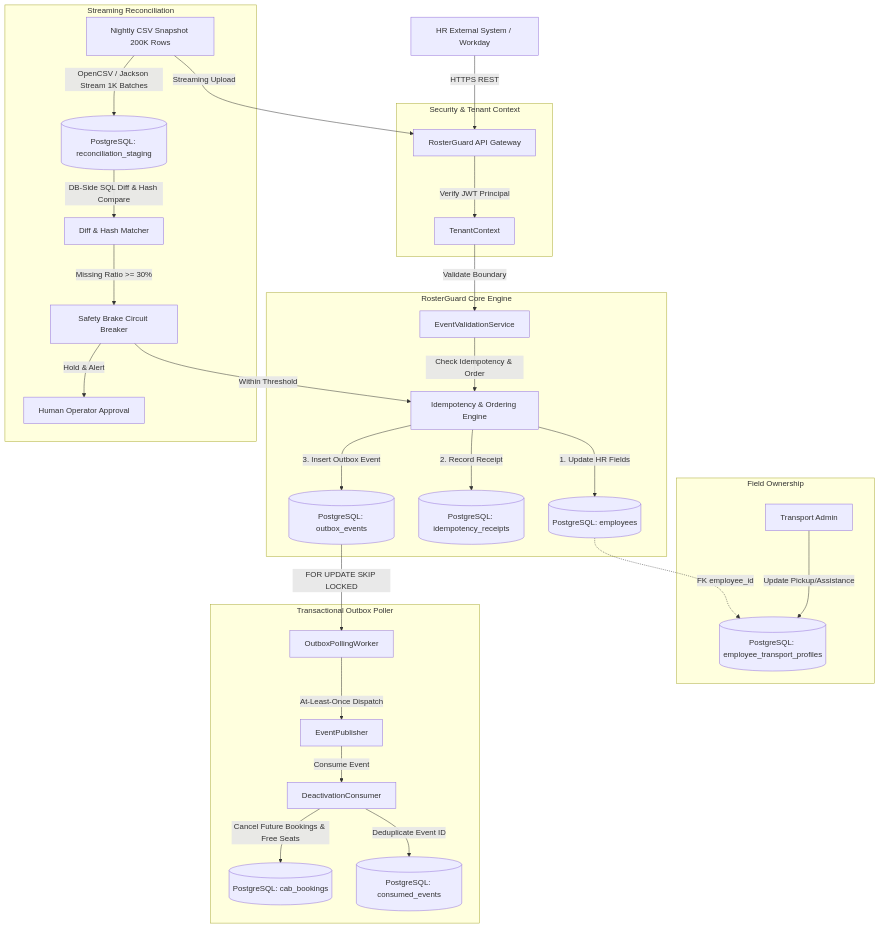
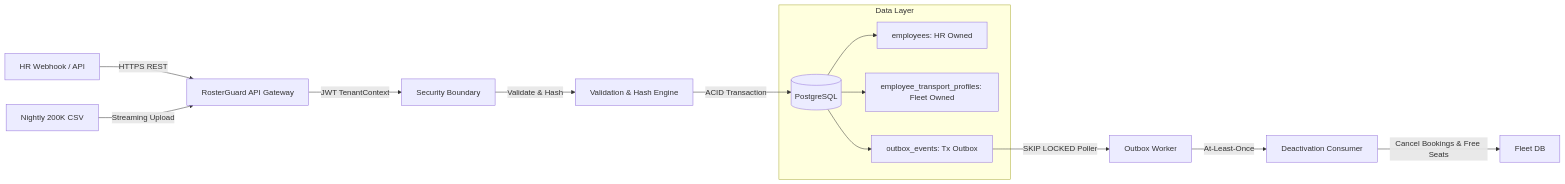
One commit to Aakarsh-Narang/rosterguard-moveinsync-sde-case-study-2026 changed the first of 2 diagrams in DESIGN.md. Above: the diagram before and after it, drawn with Mermaid. The commit also changed other lines of this file and 6 other files, not shown here.

````diff
--- a/DESIGN.md
+++ b/DESIGN.md
@@ -17,39 +10,18 @@
 ```mermaid
-graph TD
-    HR[HR External System / Workday] -->|HTTPS REST| GW[RosterGuard API Gateway]
-    CSV[Nightly CSV Snapshot 200K Rows] -->|Streaming Upload| GW
-
-    subgraph Security_Context[Security & Tenant Context]
-        GW -->|Verify JWT Principal| TC[TenantContext]
+graph LR
+    HR[HR Webhook / API] -->|HTTPS REST| API[RosterGuard API Gateway]
+    CSV[Nightly 200K CSV] -->|Streaming Upload| API
+    API -->|JWT TenantContext| SEC[Security Boundary]
+    SEC -->|Validate & Hash| VAL[Validation & Hash Engine]
+    VAL -->|ACID Transaction| DB[(PostgreSQL)]
+    
+    subgraph Data Layer
+        DB --> EMP[employees: HR Owned]
+        DB --> TRP[employee_transport_profiles: Fleet Owned]
+        DB --> OUT[outbox_events: Tx Outbox]
     end
-
-    subgraph Core_Engine[RosterGuard Core Engine]
-        TC -->|Validate Boundary| VAL[EventValidationService]
-        VAL -->|Check Idempotency & Order| IDEM[Idempotency & Ordering Engine]
-        
-        IDEM -->|1. Update HR Fields| DB_EMP[(PostgreSQL: employees)]
-        IDEM -->|2. Record Receipt| DB_IDEM[(PostgreSQL: idempotency_receipts)]
-        IDEM -->|3. Insert Outbox Event| DB_OUT[(PostgreSQL: outbox_events)]
-    end
-
-    subgraph Ownership_Isolation[Field Ownership]
-        ADMIN[Transport Admin] -->|Update Pickup/Assistance| DB_PROF[(PostgreSQL: employee_transport_profiles)]
-        DB_EMP -.->|FK employee_id| DB_PROF
-    end
-
-    subgraph Reconciliation_Engine[Streaming Reconciliation]
-        CSV -->|OpenCSV / Jackson Stream 1K Batches| STG[(PostgreSQL: reconciliation_staging)]
-        STG -->|DB-Side SQL Diff & Hash Compare| DIFF[Diff & Hash Matcher]
-        DIFF -->|Missing Ratio >= 30%| BRAKE[Safety Brake Circuit Breaker]
-        BRAKE -->|Hold & Alert| OP[Human Operator Approval]
-        BRAKE -->|Within Threshold| IDEM
-    end
-
-    subgraph Async_Event_Bus[Transactional Outbox Poller]
-        DB_OUT -->|FOR UPDATE SKIP LOCKED| POL[OutboxPollingWorker]
-        POL -->|At-Least-Once Dispatch| PUB[EventPublisher]
-        PUB -->|Consume Event| DEACT[DeactivationConsumer]
-        DEACT -->|Cancel Future Bookings & Free Seats| BOOK[(PostgreSQL: cab_bookings)]
-        DEACT -->|Deduplicate Event ID| DEDUP[(PostgreSQL: consumed_events)]
-    end
+    
+    OUT -->|SKIP LOCKED Poller| POL[Outbox Worker]
+    POL -->|At-Least-Once| CONS[Deactivation Consumer]
+    CONS -->|Cancel Bookings & Free Seats| FLT[Fleet DB]
 ```
````
